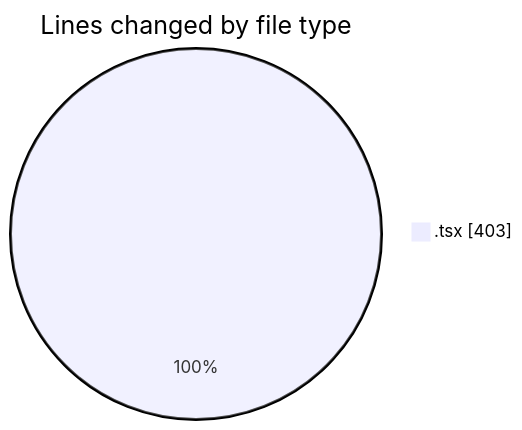
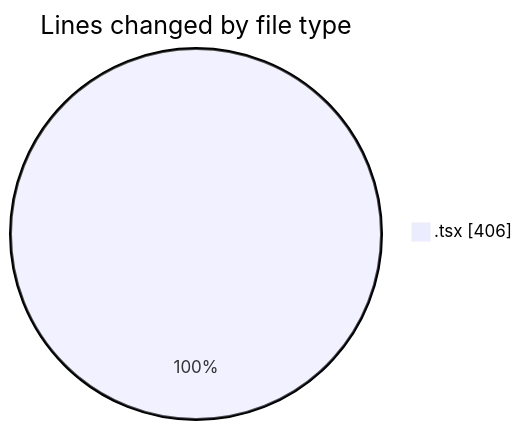
Before and after one commit to nxtqubesakshisongat/code-tracking: the first of 2 diagrams in 2026-07-08/nxtqube_webapp/README.md, drawn with Mermaid. The commit also changed other lines of this file and 1 other file, not shown here.

````diff
--- a/2026-07-08/nxtqube_webapp/README.md
+++ b/2026-07-08/nxtqube_webapp/README.md
@@ -20,5 +20,5 @@
 ```mermaid
 pie showData
 title Lines changed by file type
-".tsx" : 403
+".tsx" : 406
 ```
````
